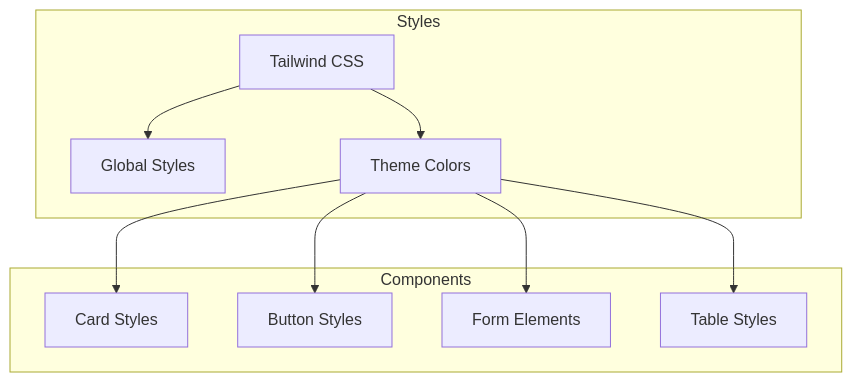
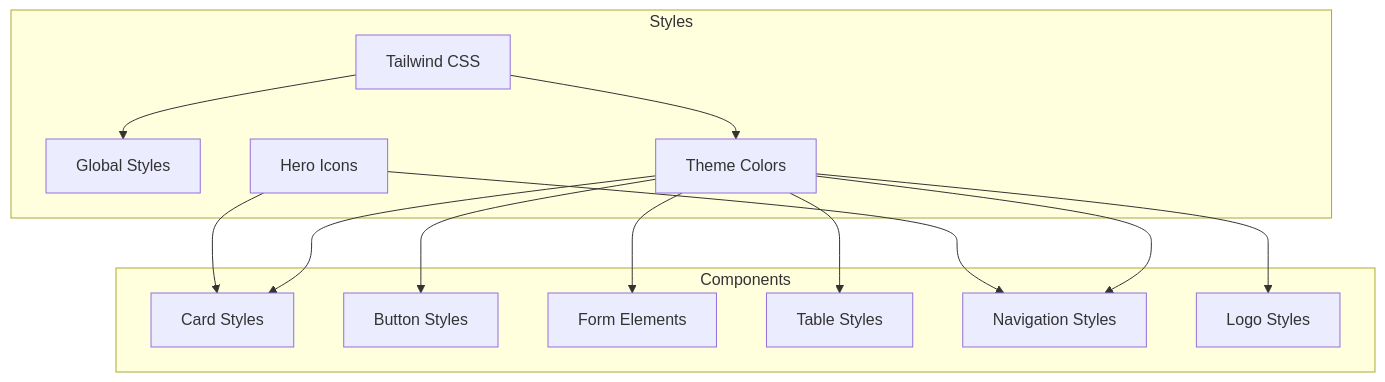
The sixth of 6 diagrams in docs/architecture/frontend_architecture.md (mvalancy-mt/NotTofu), drawn with Mermaid before and after one commit. The commit also changed other lines of this file and 64 other files, not shown here.

````diff
--- a/docs/architecture/frontend_architecture.md
+++ b/docs/architecture/frontend_architecture.md
@@ -130,22 +228,29 @@
 ```mermaid
 graph TB
     subgraph Styles
         Tailwind[Tailwind CSS]
         Global[Global Styles]
         ThemeColors[Theme Colors]
+        HeroIcons[Hero Icons]
     end
 
     subgraph Components
         Cards[Card Styles]
         Buttons[Button Styles]
         Forms[Form Elements]
         Tables[Table Styles]
+        NavStyles[Navigation Styles]
+        LogoStyles[Logo Styles]
     end
 
     Tailwind --> Global
     Tailwind --> ThemeColors
     ThemeColors --> Cards
     ThemeColors --> Buttons
     ThemeColors --> Forms
     ThemeColors --> Tables
+    ThemeColors --> NavStyles
+    ThemeColors --> LogoStyles
+    HeroIcons --> NavStyles
+    HeroIcons --> Cards
 ```
````
